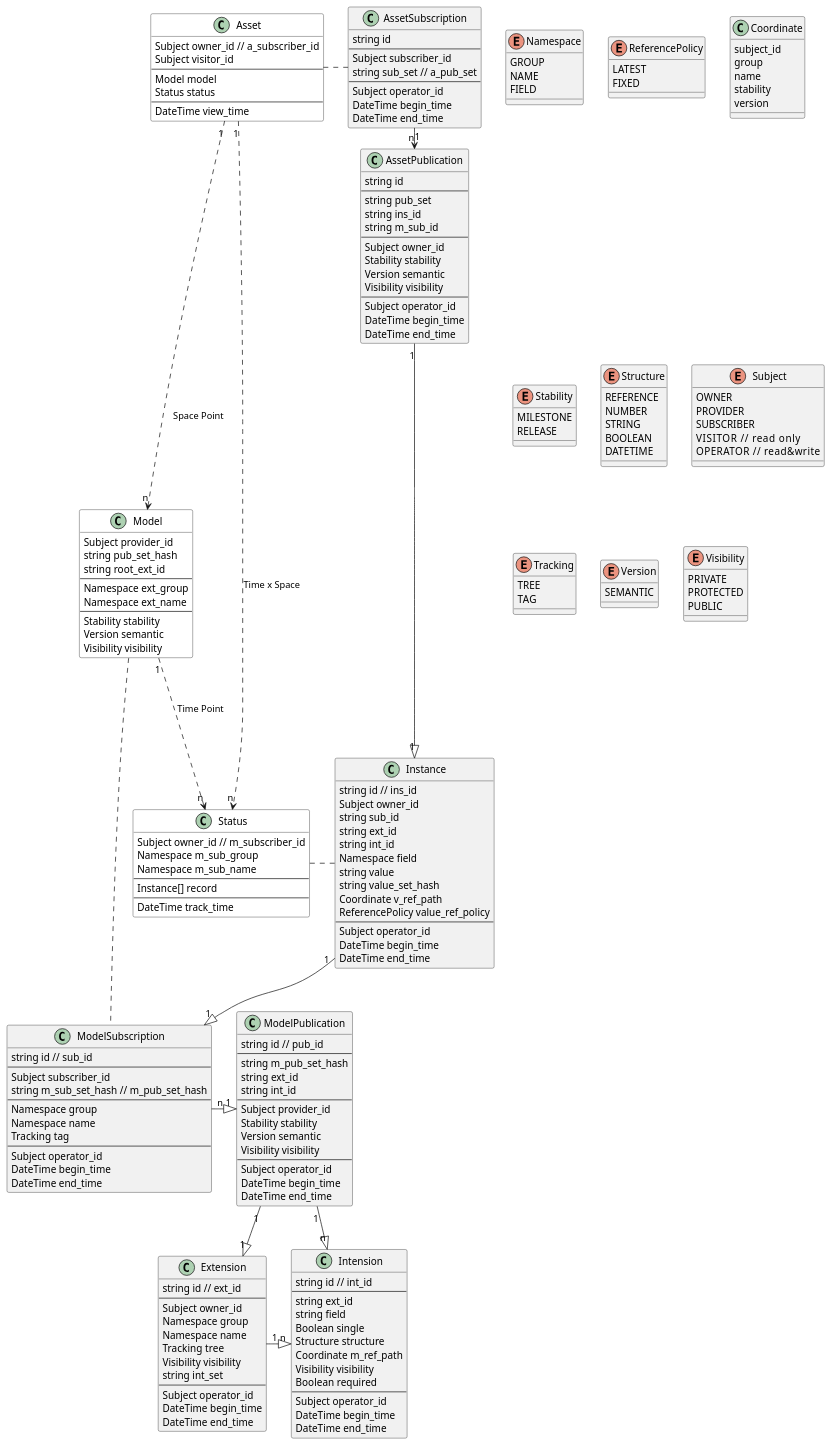
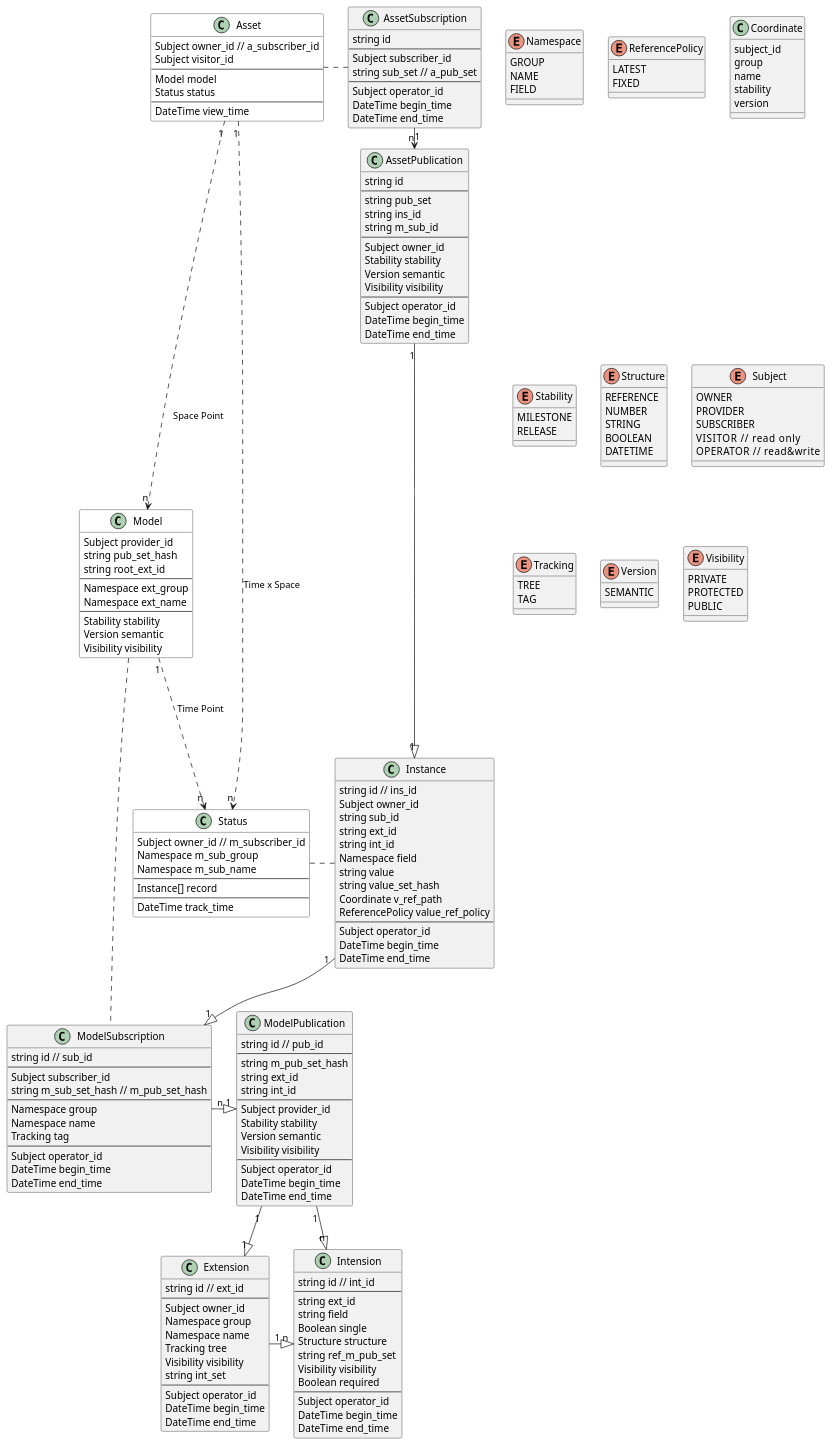
The diagram in kiimate.puml (SINeWang/kiimate), drawn with PlantUML before and after one commit. The commit also changed 16 other files, not shown here.

Commit message:
change ref-ext-id to ref-model-pub-set

```diff
--- a/kiimate.puml
+++ b/kiimate.puml
@@ -113,7 +113,7 @@
     string field
     Boolean single
     Structure structure
-    Coordinate m_ref_path
+    string ref_m_pub_set
     Visibility visibility
     Boolean required
     ---
```
